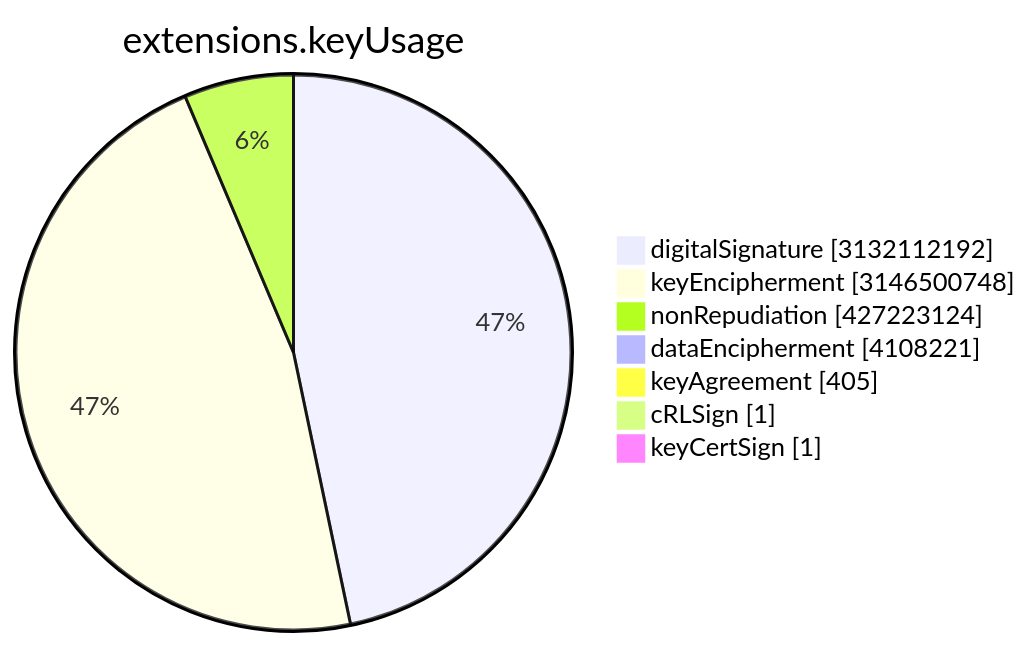
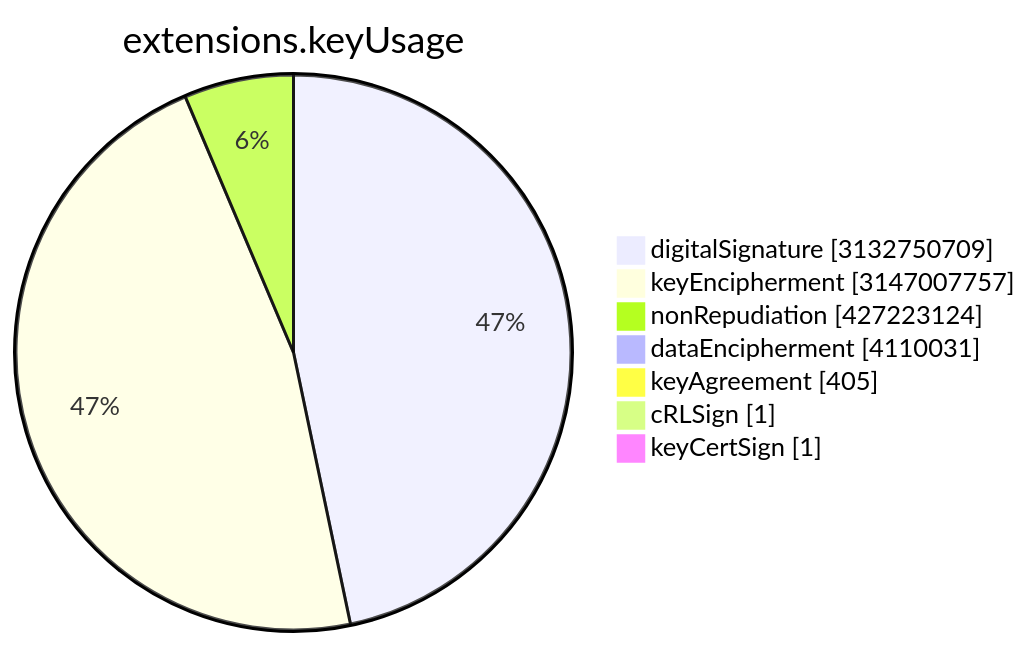
Before and after one commit to christiankrug/ctmonitor_visualization: the sixth of 15 diagrams in TOTAL/README.md, drawn with Mermaid. The commit also changed other lines of this file, not shown here.

````diff
--- a/TOTAL/README.md
+++ b/TOTAL/README.md
@@ -3077,11 +3077,11 @@
 ```mermaid
 pie showData
 title extensions.keyUsage
-"digitalSignature" :3132112192
-"keyEncipherment" :3146500748
+"digitalSignature" :3132750709
+"keyEncipherment" :3147007757
 "nonRepudiation" :427223124
-"dataEncipherment" :4108221
+"dataEncipherment" :4110031
 "keyAgreement" :405
 "cRLSign" :1
 "keyCertSign" :1
 ```
````
